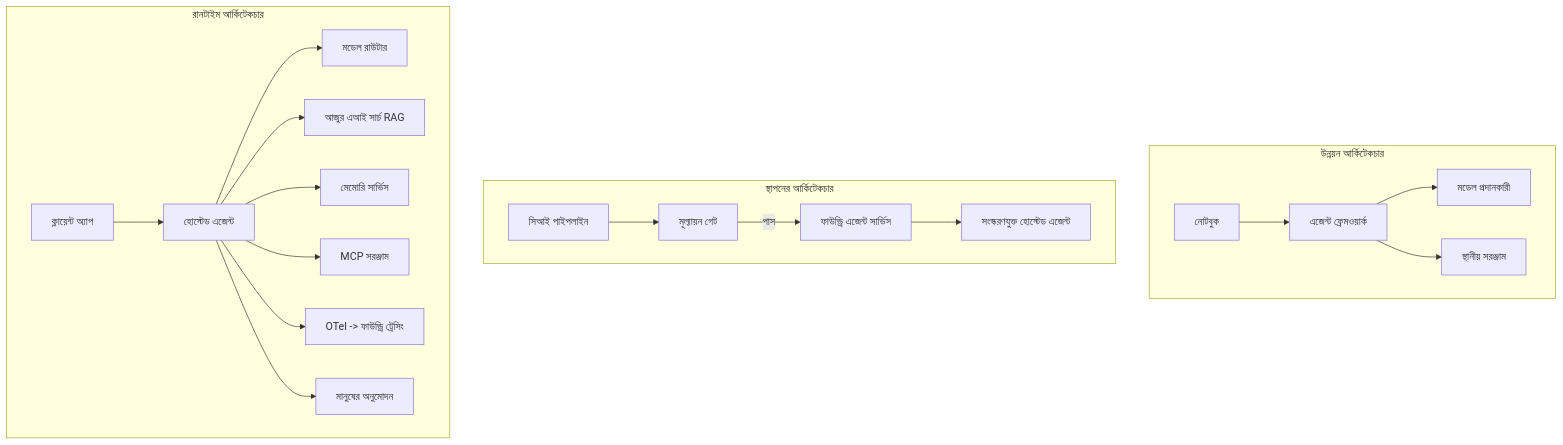
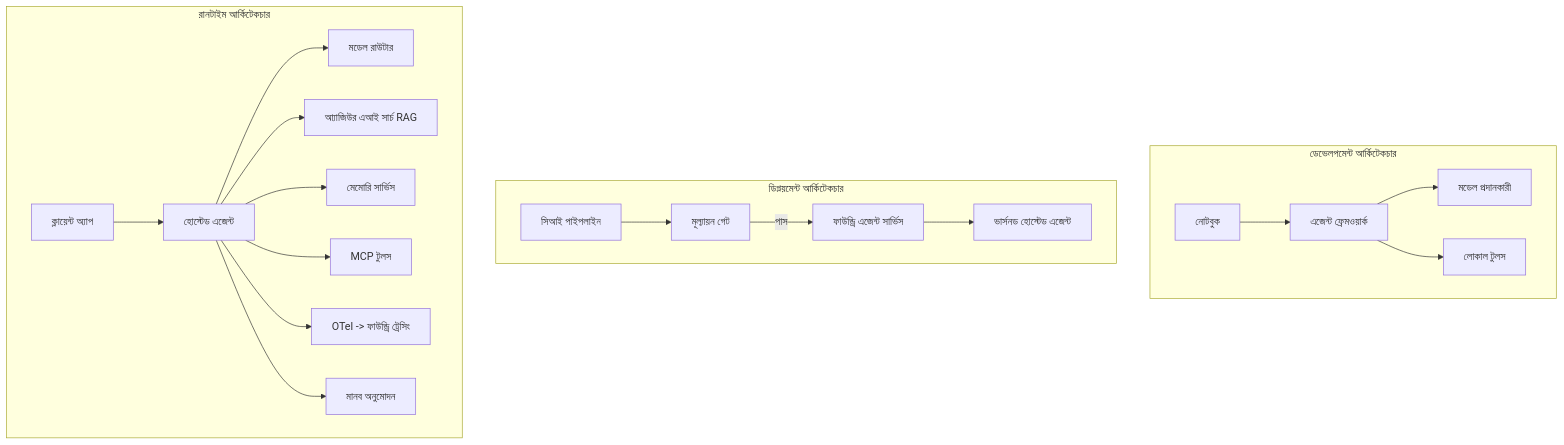
The fourth of 4 diagrams in mirrors/repos/microsoft@ai-agents-for-beginners/translations/bn/16-deploying-scalable-agents/README.md (gabrielmoreira/agent-skills-mirror), drawn with Mermaid before and after one commit. The commit also changed other lines of this file and 4262 other files, not shown here.

````diff
--- a/mirrors/repos/microsoft@ai-agents-for-beginners/translations/bn/16-deploying-scalable-agents/README.md
+++ b/mirrors/repos/microsoft@ai-agents-for-beginners/translations/bn/16-deploying-scalable-agents/README.md
@@ -185,22 +185,22 @@
 ```mermaid
 flowchart TB
-    subgraph Dev[উন্নয়ন আর্কিটেকচার]
+    subgraph Dev[ডেভেলপমেন্ট আর্কিটেকচার]
         D1[নোটবুক] --> D2[এজেন্ট ফ্রেমওয়ার্ক]
         D2 --> D3[মডেল প্রদানকারী]
-        D2 --> D4[স্থানীয় সরঞ্জাম]
+        D2 --> D4[লোকাল টুলস]
     end
-    subgraph Deploy[স্থাপনের আর্কিটেকচার]
+    subgraph Deploy[ডিপ্লয়মেন্ট আর্কিটেকচার]
         E1[সিআই পাইপলাইন] --> E2[মূল্যায়ন গেট]
         E2 -->|পাস| E3[ফাউন্ড্রি এজেন্ট সার্ভিস]
-        E3 --> E4[সংস্করণযুক্ত হোস্টেড এজেন্ট]
+        E3 --> E4[ভার্সনড হোস্টেড এজেন্ট]
     end
     subgraph Run[রানটাইম আর্কিটেকচার]
         F1[ক্লায়েন্ট অ্যাপ] --> F2[হোস্টেড এজেন্ট]
         F2 --> F3[মডেল রাউটার]
-        F2 --> F4[আজুর এআই সার্চ RAG]
+        F2 --> F4[আ্যাজিউর এআই সার্চ RAG]
         F2 --> F5[মেমোরি সার্ভিস]
-        F2 --> F6[MCP সরঞ্জাম]
+        F2 --> F6[MCP টুলস]
         F2 --> F7[OTel -> ফাউন্ড্রি ট্রেসিং]
-        F2 --> F8[মানুষের অনুমোদন]
+        F2 --> F8[মানব অনুমোদন]
     end
 ```
````
